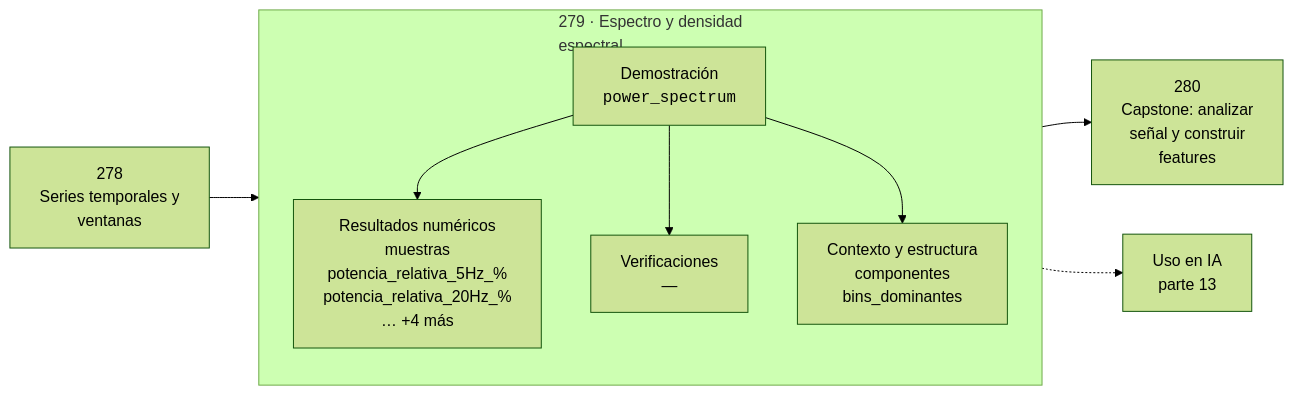
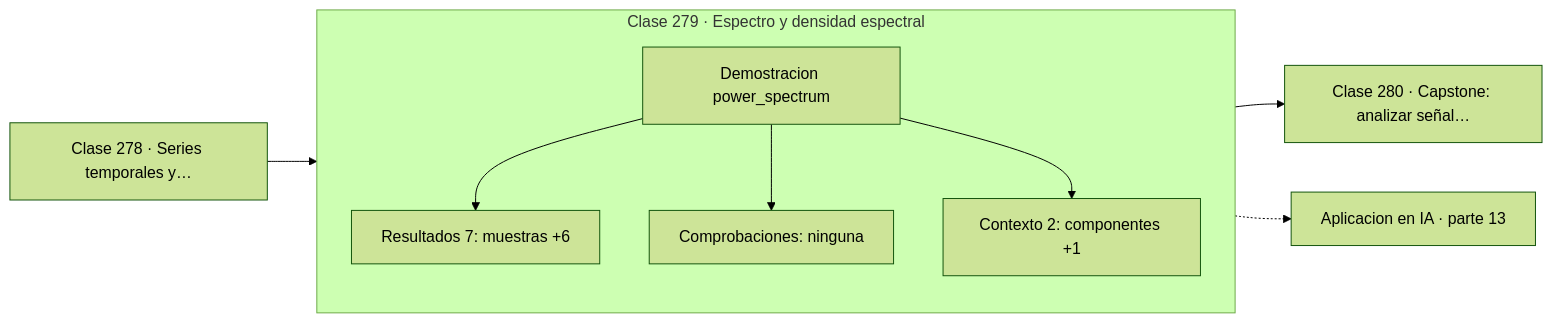
One commit to vladimiracunadev-create/computational-mathematics-program changed the diagram in classes/part-13-teoria-de-la-informacion-senales-y-series/279-espectro-y-densidad-espectral/README.md. Above: the diagram before and after it, drawn with Mermaid (forest theme). The commit also changed 389 other files, not shown here.

First line of the commit message:
fix(diagramas): elimina el HTML de las etiquetas Mermaid

````diff
--- a/classes/part-13-teoria-de-la-informacion-senales-y-series/279-espectro-y-densidad-espectral/README.md
+++ b/classes/part-13-teoria-de-la-informacion-senales-y-series/279-espectro-y-densidad-espectral/README.md
@@ -30,12 +30,13 @@
 ```mermaid
 flowchart LR
-    P["278<br/>Series temporales y<br/>ventanas"] --> C
-    subgraph C["279 · Espectro y densidad<br/>espectral"]
+    P["Clase 278 · Series temporales y…"] --> D
+    subgraph CLASE["Clase 279 · Espectro y densidad espectral"]
         direction TB
-        D["Demostración<br/><code>power_spectrum</code>"] --> R["Resultados numéricos<br/>muestras<br/>potencia_relativa_5Hz_%<br/>potencia_relativa_20Hz_%<br/>… +4 más"]
-        D --> V["Verificaciones<br/>—"]
-        D --> O["Contexto y estructura<br/>componentes<br/>bins_dominantes"]
+        D["Demostracion power_spectrum"]
+        D --> R["Resultados 7: muestras +6"]
+        D --> V["Comprobaciones: ninguna"]
+        D --> O["Contexto 2: componentes +1"]
     end
-    C --> N["280<br/>Capstone: analizar<br/>señal y construir<br/>features"]
-    C -.-> IA["Uso en IA<br/>parte 13"]
+    R --> N["Clase 280 · Capstone: analizar señal…"]
+    V -.-> IA["Aplicacion en IA · parte 13"]
 ```
````
